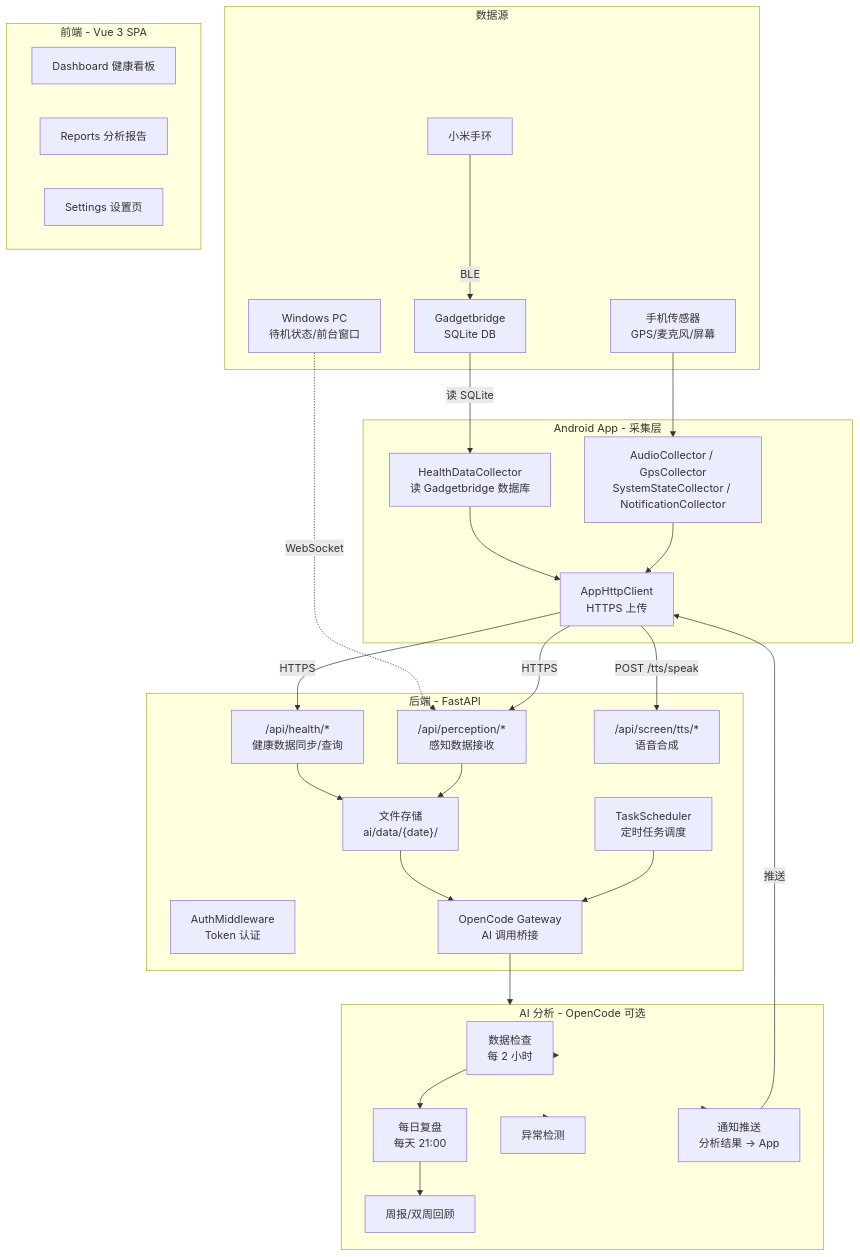
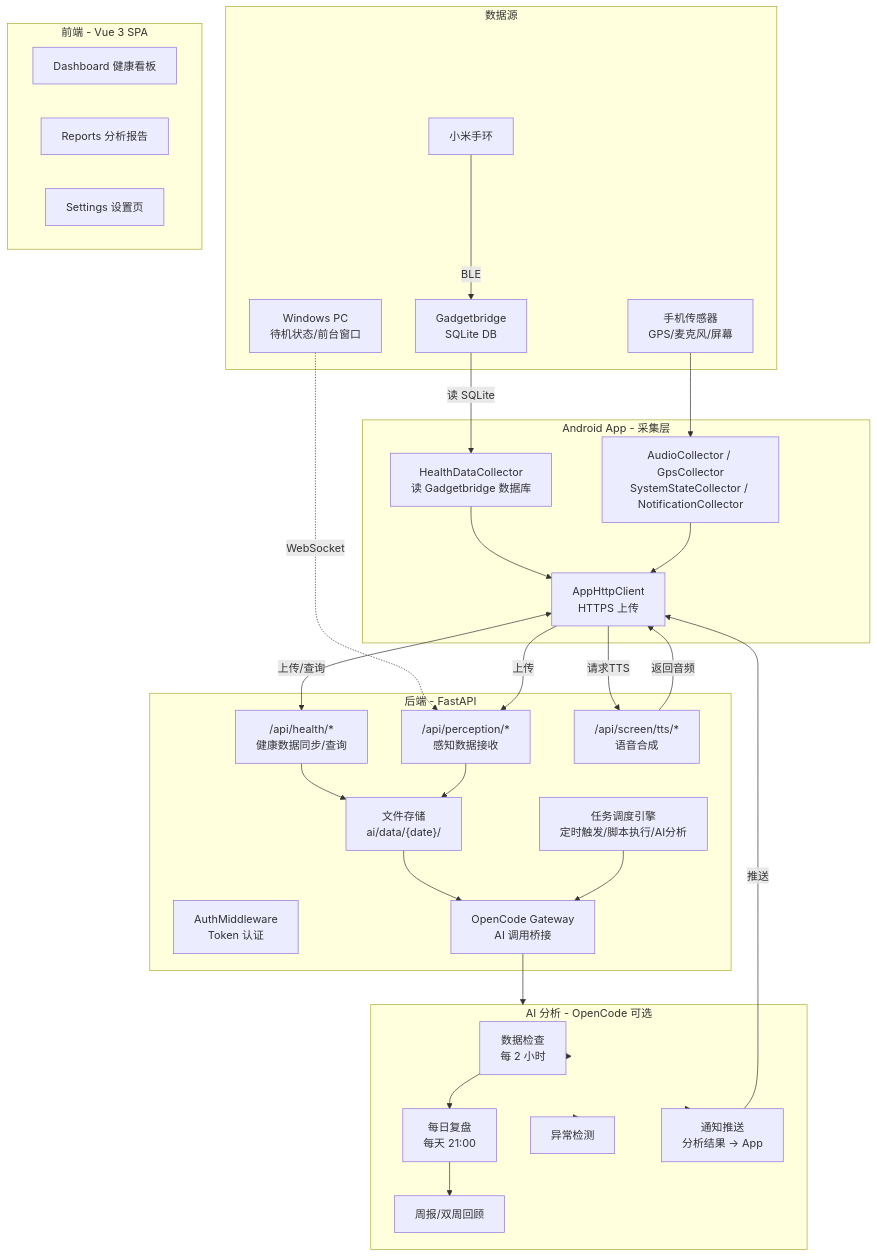
One commit to Axeuh/LiveLog-AI changed the first of 2 diagrams in README.md. Above: the diagram before and after it, drawn with Mermaid. The commit also changed other lines of this file, not shown here.

Commit message:
fix: correct arrow directions for health/TTS, rename task scheduler

````diff
--- a/README.md
+++ b/README.md
@@ -17,60 +17,61 @@
 ```mermaid
 graph TB
     subgraph DataSources[数据源]
         BAND[小米手环] -->|BLE| GB[Gadgetbridge<br/>SQLite DB]
         PHONE[手机传感器<br/>GPS/麦克风/屏幕]
         PC[Windows PC<br/>待机状态/前台窗口]
     end
 
     subgraph AppCollect[Android App - 采集层]
         HDC[HealthDataCollector<br/>读 Gadgetbridge 数据库]
         SENSORS[AudioCollector / GpsCollector<br/>SystemStateCollector / NotificationCollector]
         UPLOAD[AppHttpClient<br/>HTTPS 上传]
     end
 
     subgraph Backend[后端 - FastAPI]
         AUTH[AuthMiddleware<br/>Token 认证]
         HEALTH["/api/health/*<br/>健康数据同步/查询"]
         PERCEPTION["/api/perception/*<br/>感知数据接收"]
         TTS["/api/screen/tts/*<br/>语音合成"]
         STORE["文件存储<br/>ai/data/{date}/"]
         GATEWAY[OpenCode Gateway<br/>AI 调用桥接]
-        SCHED[TaskScheduler<br/>定时任务调度]
+        TASK[任务调度引擎<br/>定时触发/脚本执行/AI分析]
     end
 
     subgraph Frontend[前端 - Vue 3 SPA]
         DASH[Dashboard 健康看板]
         REPT[Reports 分析报告]
         SETT[Settings 设置页]
     end
 
     subgraph AI[AI 分析 - OpenCode 可选]
         DC[数据检查<br/>每 2 小时]
         DR[每日复盘<br/>每天 21:00]
         WR[周报/双周回顾]
         AD[异常检测]
         NOTIFY[通知推送<br/>分析结果 → App]
     end
 
     GB -->|读 SQLite| HDC
     PHONE --> SENSORS
     PC -.->|WebSocket| PERCEPTION
 
     HDC --> UPLOAD
     SENSORS --> UPLOAD
 
-    UPLOAD -->|HTTPS| HEALTH
-    UPLOAD -->|HTTPS| PERCEPTION
-    UPLOAD -->|POST /tts/speak| TTS
+    UPLOAD <-->|上传/查询| HEALTH
+    UPLOAD -->|上传| PERCEPTION
+    UPLOAD -->|请求TTS| TTS
+    TTS -->|返回音频| UPLOAD
 
     HEALTH --> STORE
     PERCEPTION --> STORE
 
     STORE --> GATEWAY
     GATEWAY --> AI
-    SCHED --> GATEWAY
+    TASK --> GATEWAY
 
     AI --> DC --> DR --> WR
     AI --> AD
     AI --> NOTIFY -->|推送| UPLOAD
 ```
````
